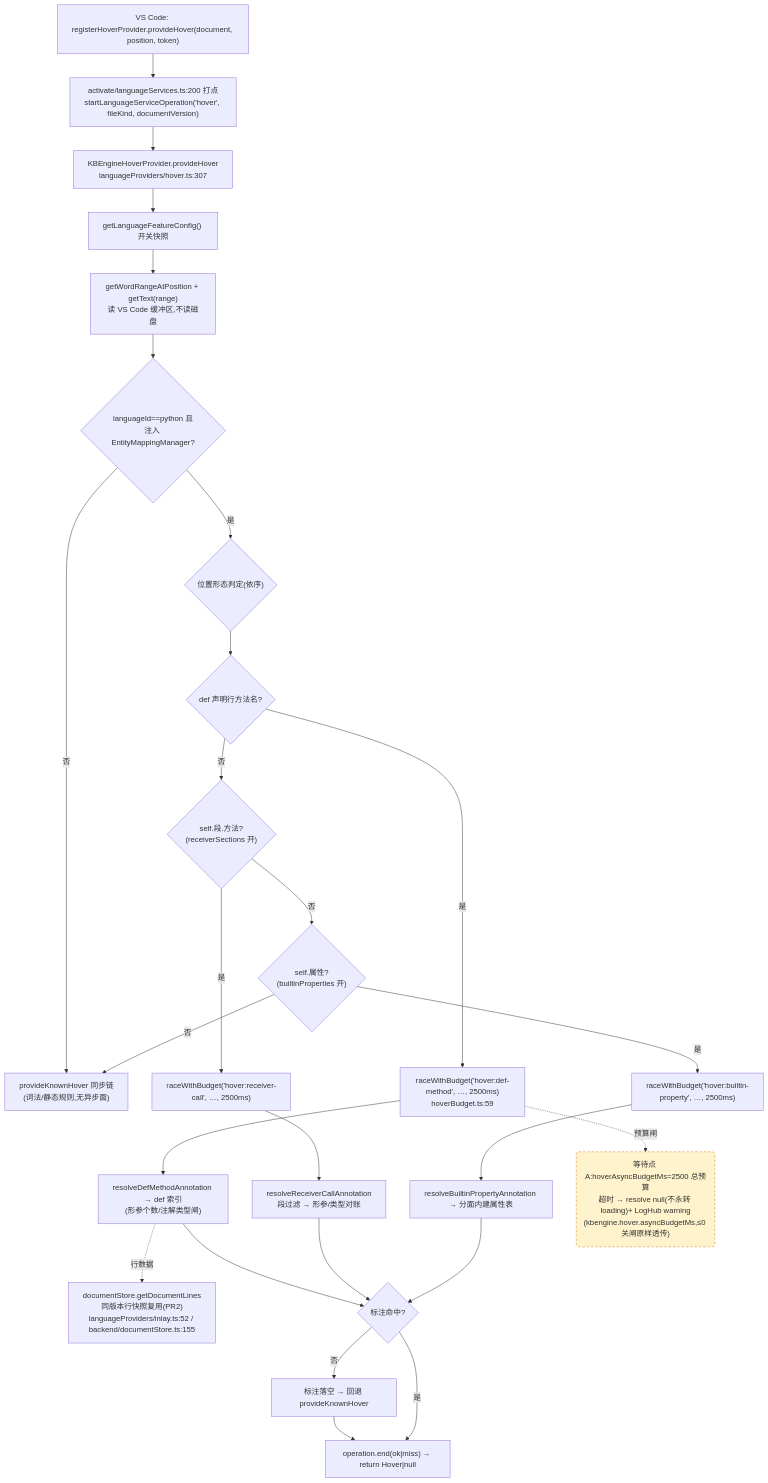
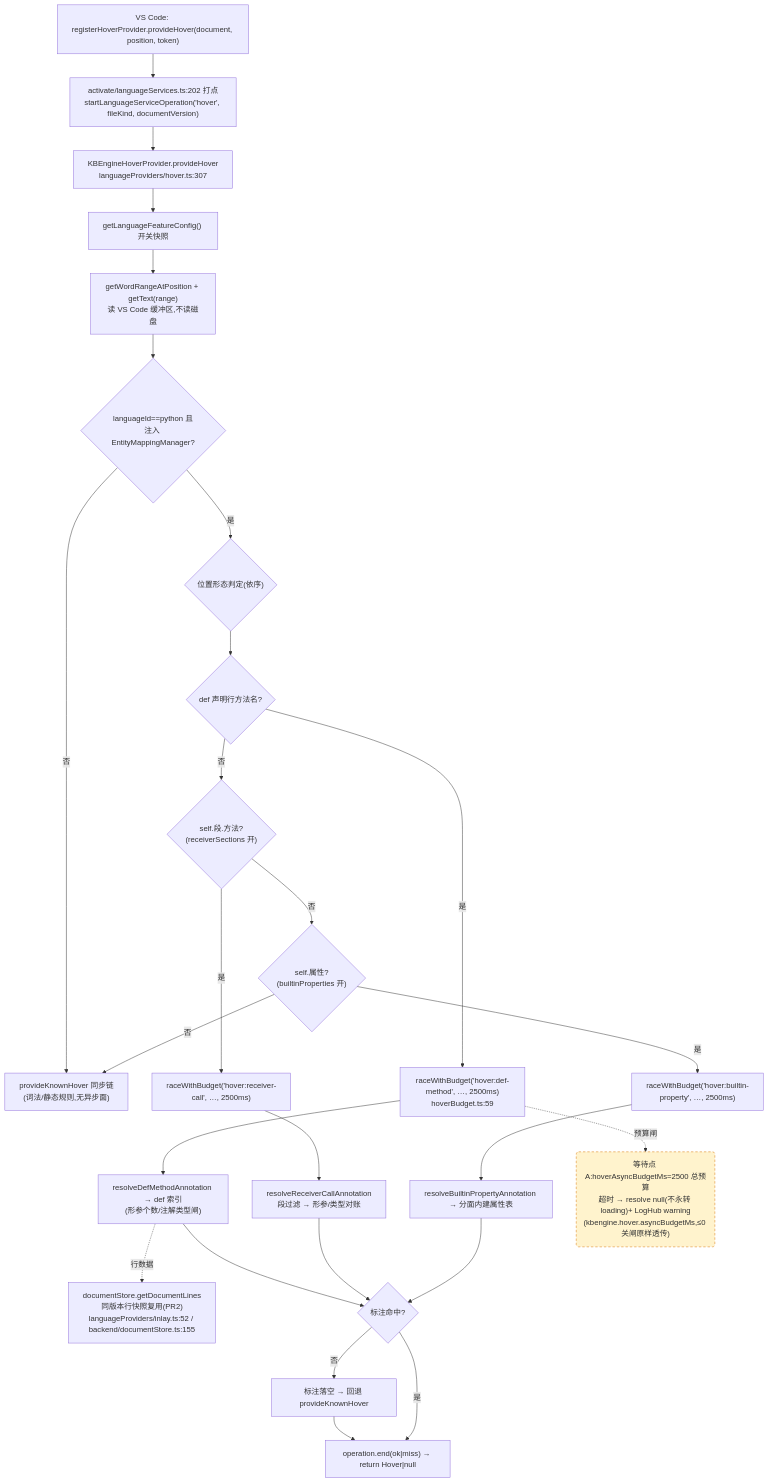
One commit to cuihairu/kode changed the first of 4 diagrams in docs/perf/2026-baseline.md. Above: the diagram before and after it, drawn with Mermaid. The commit also changed other lines of this file and 19 other files, not shown here.

````diff
--- a/docs/perf/2026-baseline.md
+++ b/docs/perf/2026-baseline.md
@@ -87,45 +87,45 @@
 ```mermaid
 flowchart TD
   VC1["VS Code: registerHoverProvider.provideHover(document, position, token)"]
-  M1["activate/languageServices.ts:200 打点<br/>startLanguageServiceOperation('hover', fileKind, documentVersion)"]
+  M1["activate/languageServices.ts:202 打点<br/>startLanguageServiceOperation('hover', fileKind, documentVersion)"]
   HP["KBEngineHoverProvider.provideHover<br/>languageProviders/hover.ts:307"]
   CFG["getLanguageFeatureConfig() 开关快照"]
   WORD["getWordRangeAtPosition + getText(range)<br/>读 VS Code 缓冲区,不读磁盘"]
   BR{"languageId==python 且<br/>注入 EntityMappingManager?"}
   KN["provideKnownHover 同步链<br/>(词法/静态规则,无异步面)"]
   POS{"位置形态判定(依序)"}
   D1{"def 声明行方法名?"}
   D2{"self.段.方法?<br/>(receiverSections 开)"}
   D3{"self.属性?<br/>(builtinProperties 开)"}
   RA1["raceWithBudget('hover:def-method', …, 2500ms)<br/>hoverBudget.ts:59"]
   RA2["raceWithBudget('hover:receiver-call', …, 2500ms)"]
   RA3["raceWithBudget('hover:builtin-property', …, 2500ms)"]
   RS1["resolveDefMethodAnnotation → def 索引<br/>(形参个数/注解类型闸)"]
   RS2["resolveReceiverCallAnnotation<br/>段过滤 → 形参/类型对账"]
   RS3["resolveBuiltinPropertyAnnotation → 分面内建属性表"]
   LINES["documentStore.getDocumentLines<br/>同版本行快照复用(PR2)<br/>languageProviders/inlay.ts:52 / backend/documentStore.ts:155"]
   MISS["标注落空 → 回退 provideKnownHover"]
   END1["operation.end(ok|miss) → return Hover|null"]
 
   VC1 --> M1 --> HP --> CFG --> WORD --> BR
   BR -- "否" --> KN
   BR -- "是" --> POS --> D1
   D1 -- "是" --> RA1 --> RS1
   D1 -- "否" --> D2
   D2 -- "是" --> RA2 --> RS2
   D2 -- "否" --> D3
   D3 -- "是" --> RA3 --> RS3
   D3 -- "否" --> KN
   RS1 --> HIT{"标注命中?"}
   RS2 --> HIT
   RS3 --> HIT
   RS1 -.->|行数据| LINES
   HIT -- "否" --> MISS --> END1
   HIT -- "是" --> END1
 
   WAITA("等待点 A:hoverAsyncBudgetMs=2500 总预算<br/>超时 → resolve null(不永转 loading)+ LogHub warning<br/>(kbengine.hover.asyncBudgetMs,≤0 关闸原样透传)")
   RA1 -.->|预算闸| WAITA
 
   classDef waitPoint fill:#fff3cd,stroke:#d97706,stroke-dasharray:5 4;
   class WAITA waitPoint;
 ```
````
